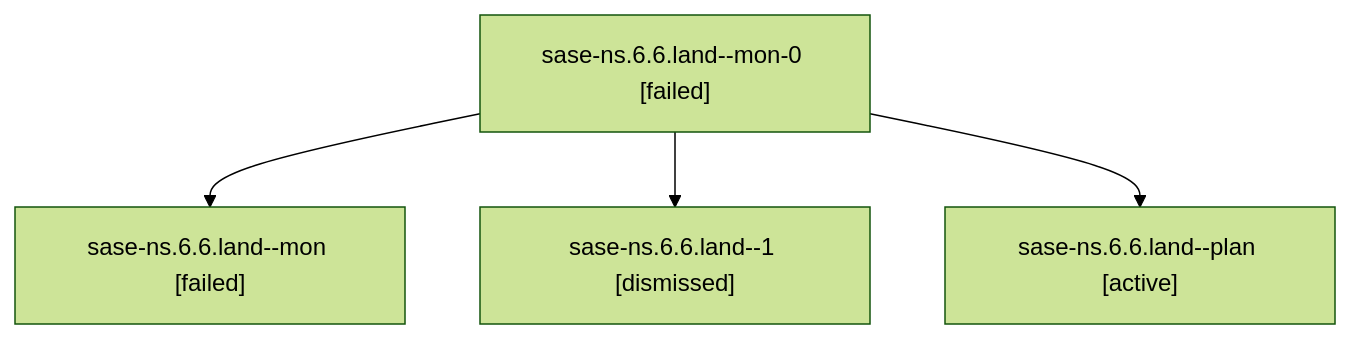
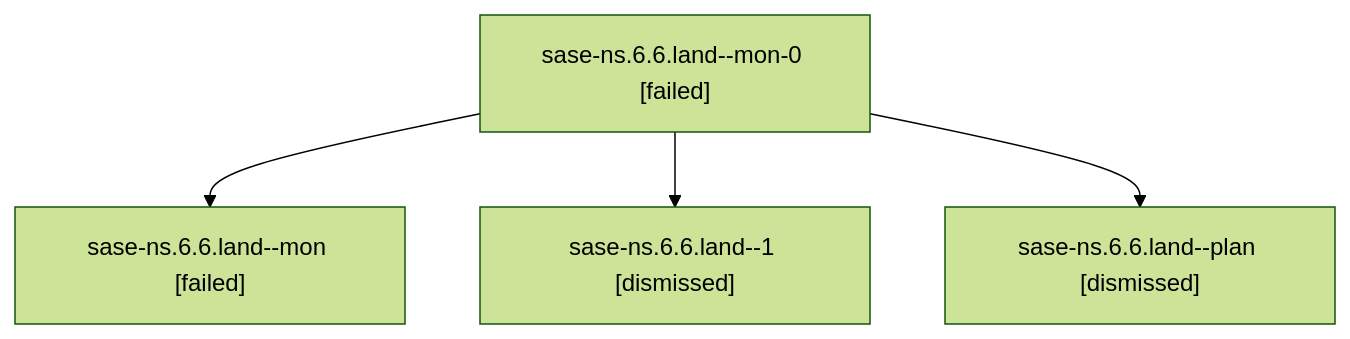
One commit to sase-org/sase--agents changed the diagram in sessions/bbugyi200.athena.sase-ns.6.6.land.md. Above: the diagram before and after it, drawn with Mermaid (forest theme). The commit also changed other lines of this file and 134 other files, not shown here.

````diff
--- a/sessions/bbugyi200.athena.sase-ns.6.6.land.md
+++ b/sessions/bbugyi200.athena.sase-ns.6.6.land.md
@@ -9,10 +9,10 @@
 ```mermaid
 flowchart TD
   n0["sase-ns.6.6.land--mon-0 [failed]"]
   n1["sase-ns.6.6.land--mon [failed]"]
   n0 --> n1
   n2["sase-ns.6.6.land--1 [dismissed]"]
   n0 --> n2
-  n3["sase-ns.6.6.land--plan [active]"]
+  n3["sase-ns.6.6.land--plan [dismissed]"]
   n0 --> n3
 ```
````
